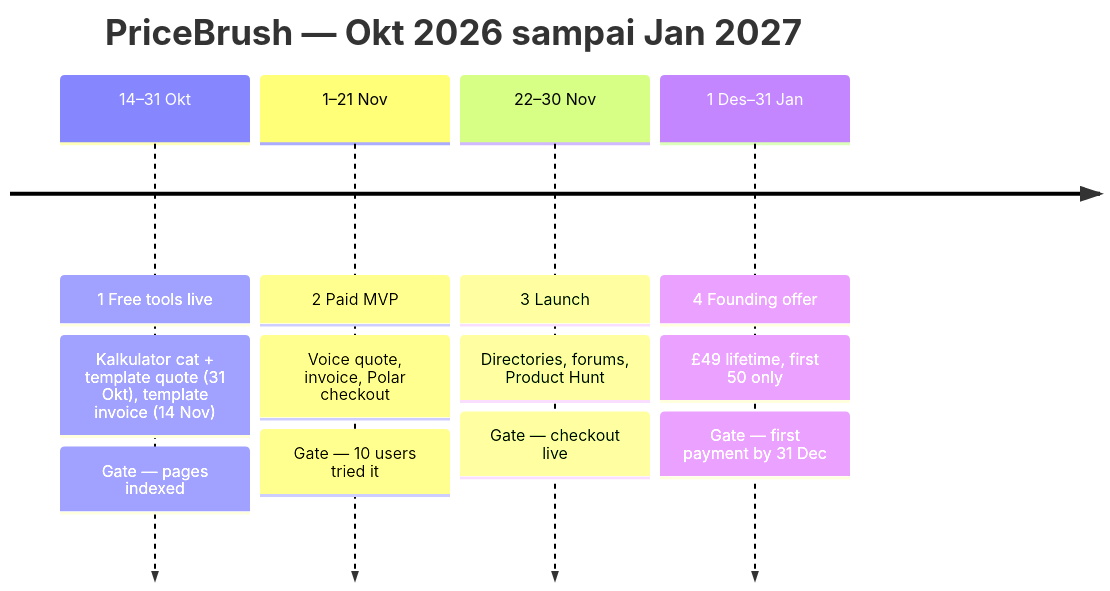
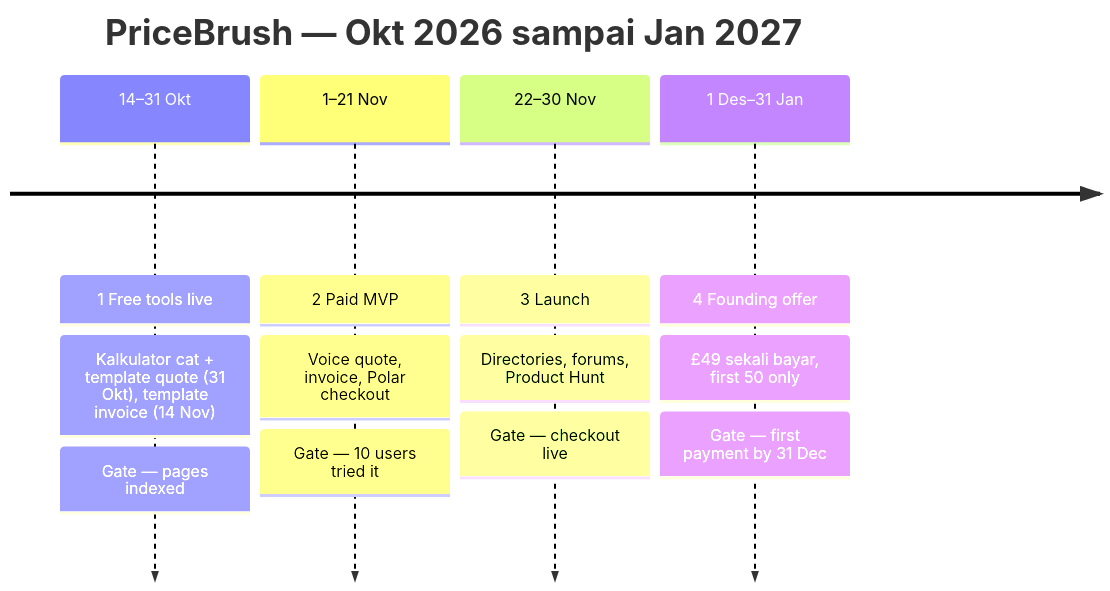
One commit to noviarrizal/price-brush-frontend changed the second of 2 diagrams in docs/PRD.md. Above: the diagram before and after it, drawn with Mermaid. The commit also changed 21 other files, not shown here.

First line of the commit message:
docs: drop "lifetime" wording from the Founding Member offer

````diff
--- a/docs/PRD.md
+++ b/docs/PRD.md
@@ -309,8 +309,8 @@
 ```mermaid
 timeline
     title PriceBrush — Okt 2026 sampai Jan 2027
     14–31 Okt : 1 Free tools live : Kalkulator cat + template quote (31 Okt), template invoice (14 Nov) : Gate — pages indexed
     1–21 Nov : 2 Paid MVP : Voice quote, invoice, Polar checkout : Gate — 10 users tried it
     22–30 Nov : 3 Launch : Directories, forums, Product Hunt : Gate — checkout live
-    1 Des–31 Jan : 4 Founding offer : £49 lifetime, first 50 only : Gate — first payment by 31 Dec
+    1 Des–31 Jan : 4 Founding offer : £49 sekali bayar, first 50 only : Gate — first payment by 31 Dec
 ```
````
